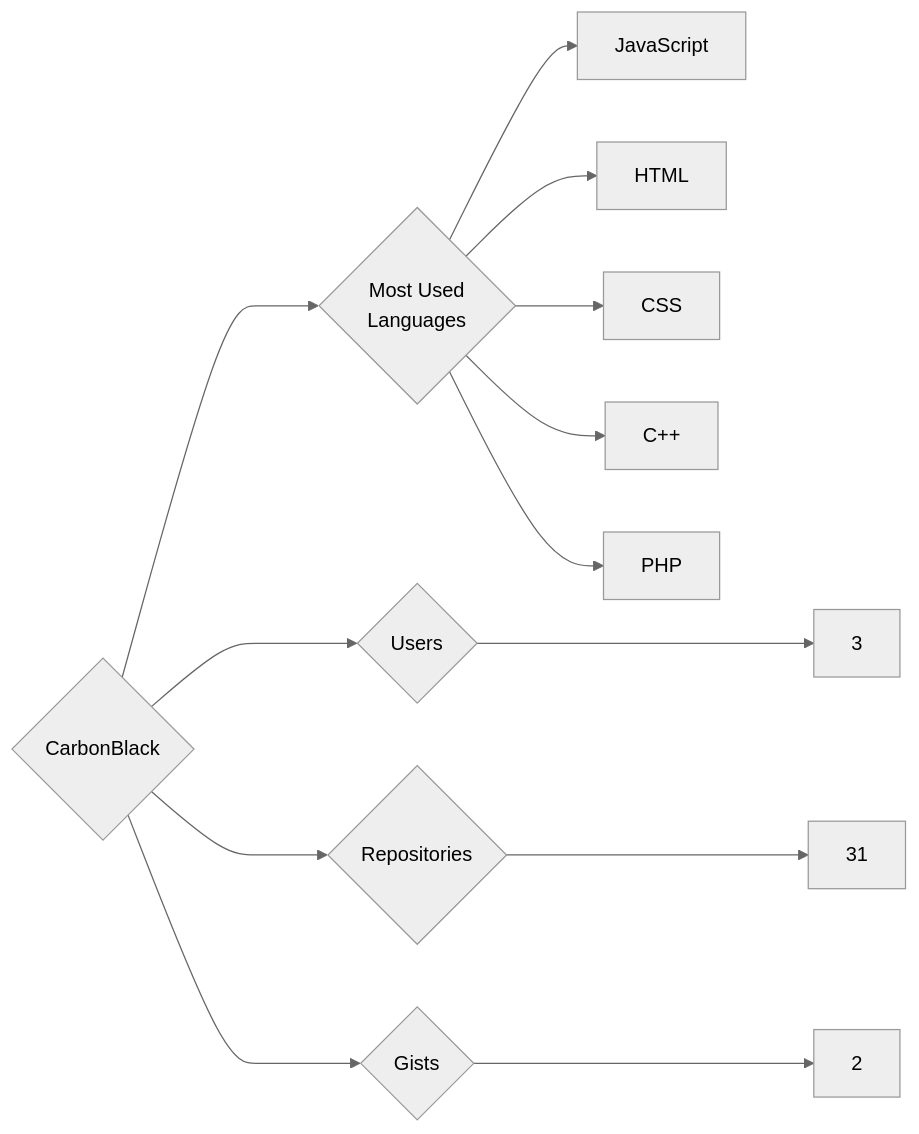
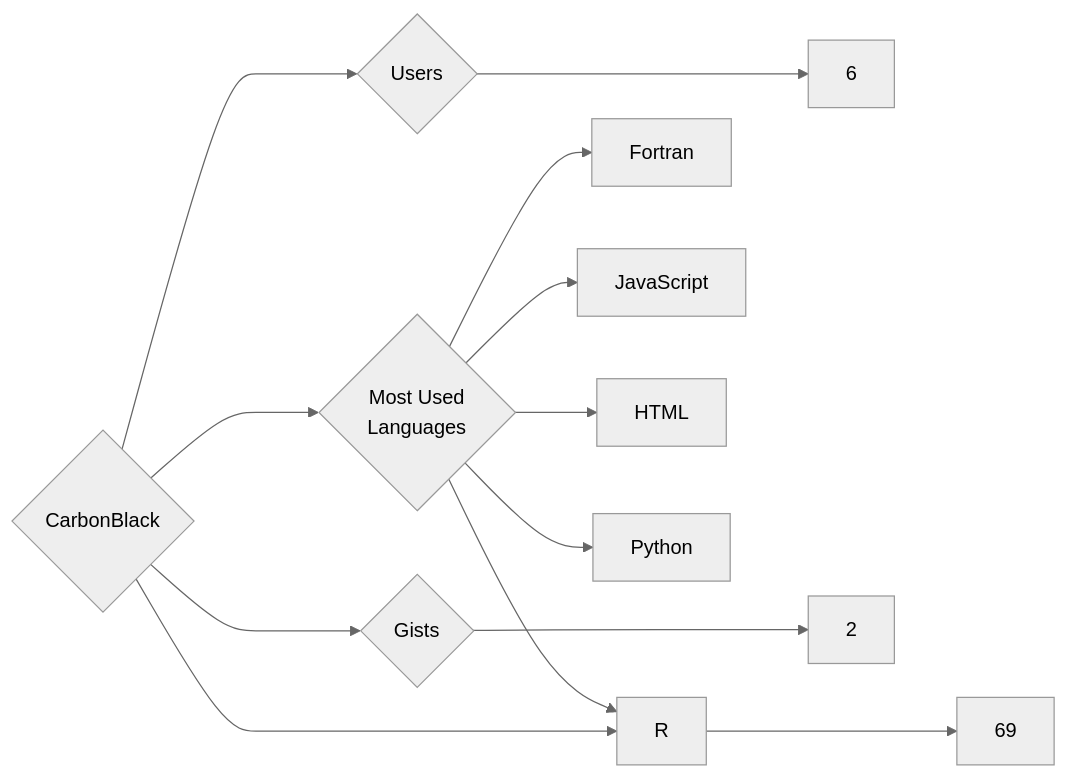
Before and after one commit to trickest/insiders: the diagram in targets/CarbonBlack/README.md, drawn with Mermaid (neutral theme). The commit also changed 845 other files, not shown here.

````diff
--- a/targets/CarbonBlack/README.md
+++ b/targets/CarbonBlack/README.md
@@ -3,13 +3,13 @@
 ```mermaid
 graph LR
 COMPANY_NAME{CarbonBlack}
-COMPANY_NAME ---> U{Users} ---> UN[3]
-COMPANY_NAME ---> R{Repositories} ---> RN[31]
+COMPANY_NAME ---> U{Users} ---> UN[6]
+COMPANY_NAME ---> R{Repositories} ---> RN[69]
 COMPANY_NAME ---> G{Gists} ---> GN[2]
 COMPANY_NAME ---> ML{Most Used<br>Languages}
+ML --> Fortran[Fortran]
 ML --> JavaScript[JavaScript]
 ML --> HTML[HTML]
-ML --> CSS[CSS]
-ML --> C++[C++]
-ML --> PHP[PHP]
+ML --> R[R]
+ML --> Python[Python]
 ```
````
